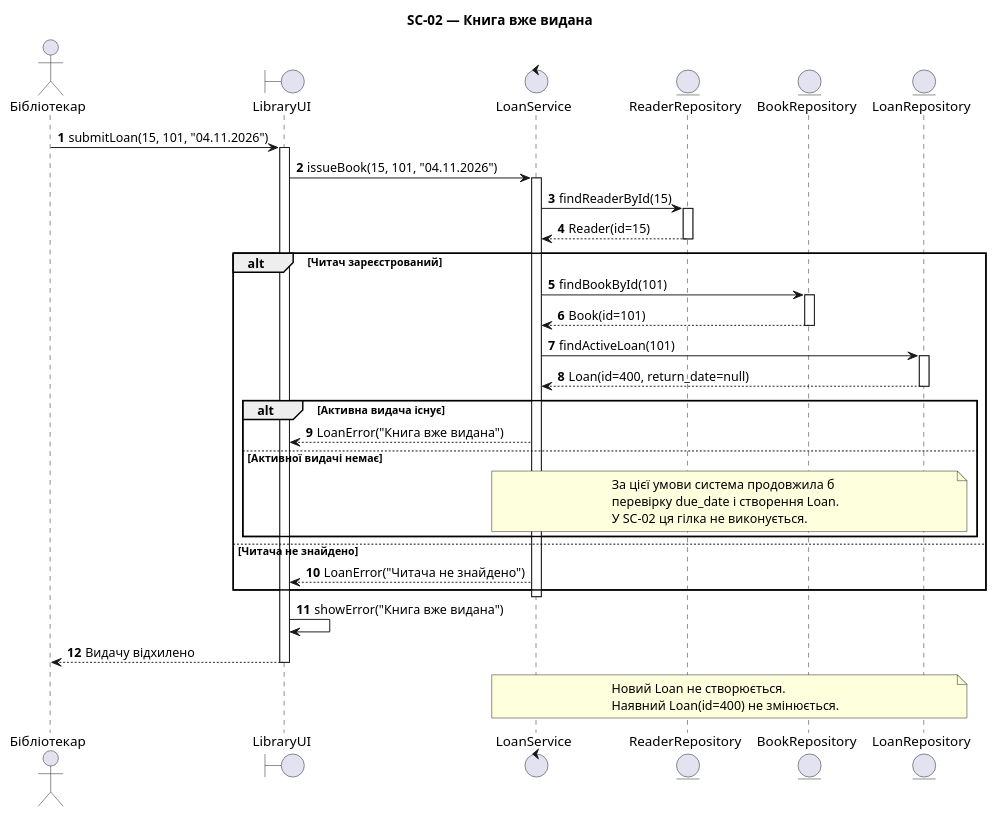
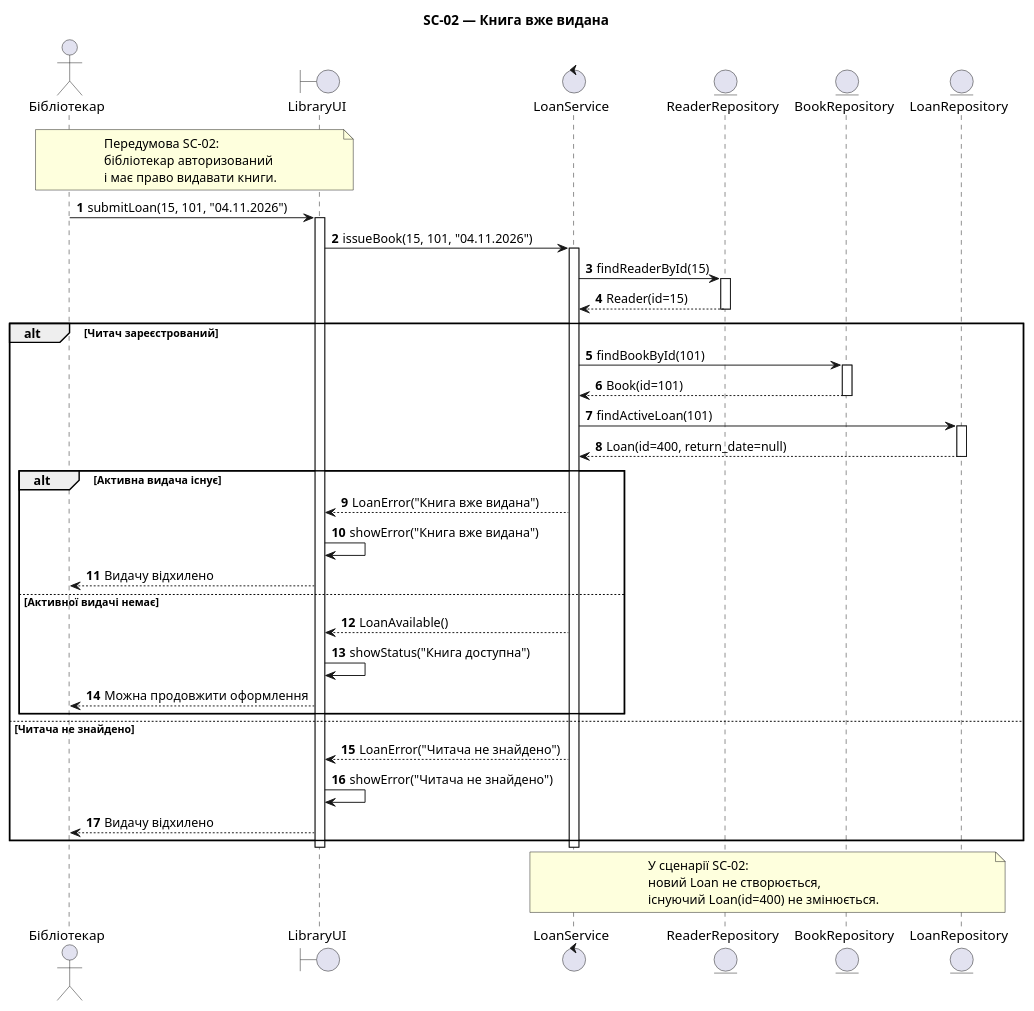
The diagram in diagrams/sc-02-book-unavailable.puml (xdddd1234/lab3), drawn with PlantUML before and after one commit.

Commit message:
fix: clarify SC-02 alternative sequence branches

```diff
--- a/diagrams/sc-02-book-unavailable.puml
+++ b/diagrams/sc-02-book-unavailable.puml
@@ -2,60 +2,67 @@
 @startuml
 title SC-02 — Книга вже видана
 
 autonumber
 
 actor "Бібліотекар" as Librarian
 boundary "LibraryUI" as UI
 control "LoanService" as Service
 entity "ReaderRepository" as Readers
 entity "BookRepository" as Books
 entity "LoanRepository" as Loans
+
+note over Librarian, UI
+  Передумова SC-02:
+  бібліотекар авторизований
+  і має право видавати книги.
+end note
 
 Librarian -> UI: submitLoan(15, 101, "04.11.2026")
 activate UI
 
 UI -> Service: issueBook(15, 101, "04.11.2026")
 activate Service
 
 Service -> Readers: findReaderById(15)
 activate Readers
 Readers --> Service: Reader(id=15)
 deactivate Readers
 
 alt Читач зареєстрований
     Service -> Books: findBookById(101)
     activate Books
     Books --> Service: Book(id=101)
     deactivate Books
 
     Service -> Loans: findActiveLoan(101)
     activate Loans
     Loans --> Service: Loan(id=400, return_date=null)
     deactivate Loans
 
     alt Активна видача існує
         Service --> UI: LoanError("Книга вже видана")
+        UI -> UI: showError("Книга вже видана")
+        UI --> Librarian: Видачу відхилено
+
     else Активної видачі немає
-        note over Service, Loans
-          За цієї умови система продовжила б
-          перевірку due_date і створення Loan.
-          У SC-02 ця гілка не виконується.
-        end note
+        Service --> UI: LoanAvailable()
+        UI -> UI: showStatus("Книга доступна")
+        UI --> Librarian: Можна продовжити оформлення
     end
+
 else Читача не знайдено
     Service --> UI: LoanError("Читача не знайдено")
+    UI -> UI: showError("Читача не знайдено")
+    UI --> Librarian: Видачу відхилено
 end
 
 deactivate Service
-
-UI -> UI: showError("Книга вже видана")
-UI --> Librarian: Видачу відхилено
-
 deactivate UI
 
 note over Service, Loans
-  Новий Loan не створюється.
-  Наявний Loan(id=400) не змінюється.
+  У сценарії SC-02:
+  новий Loan не створюється,
+  існуючий Loan(id=400) не змінюється.
 end note
 
 @enduml
```
